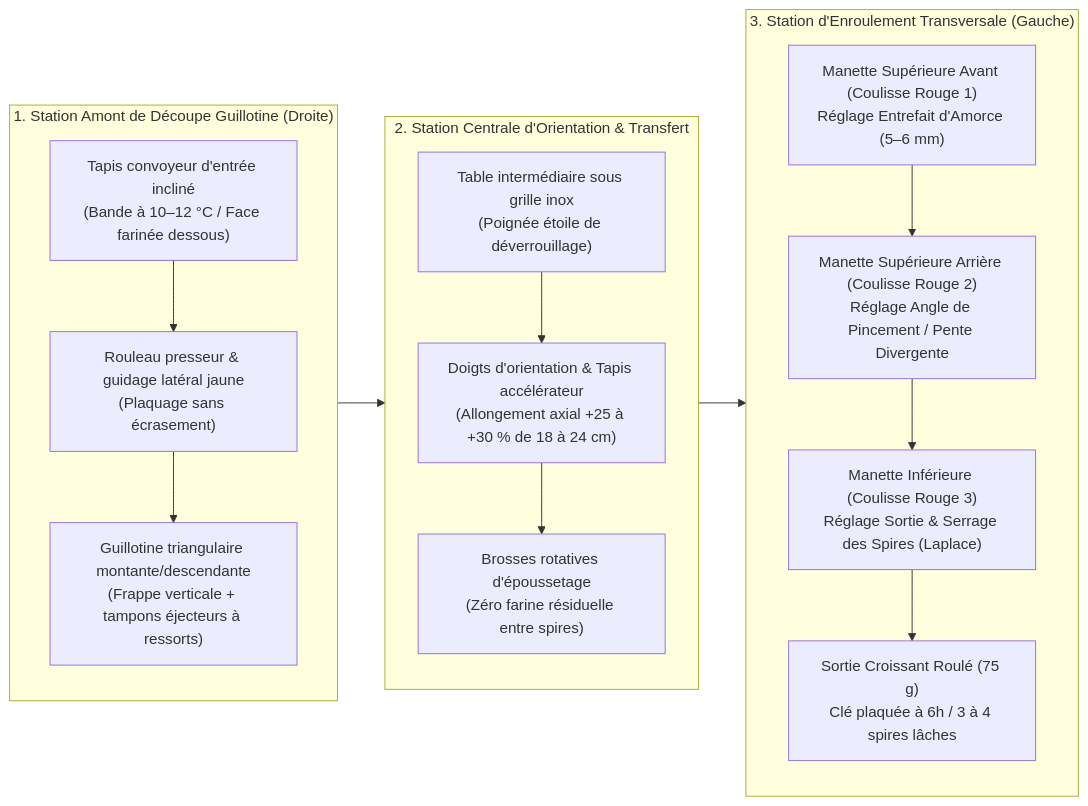
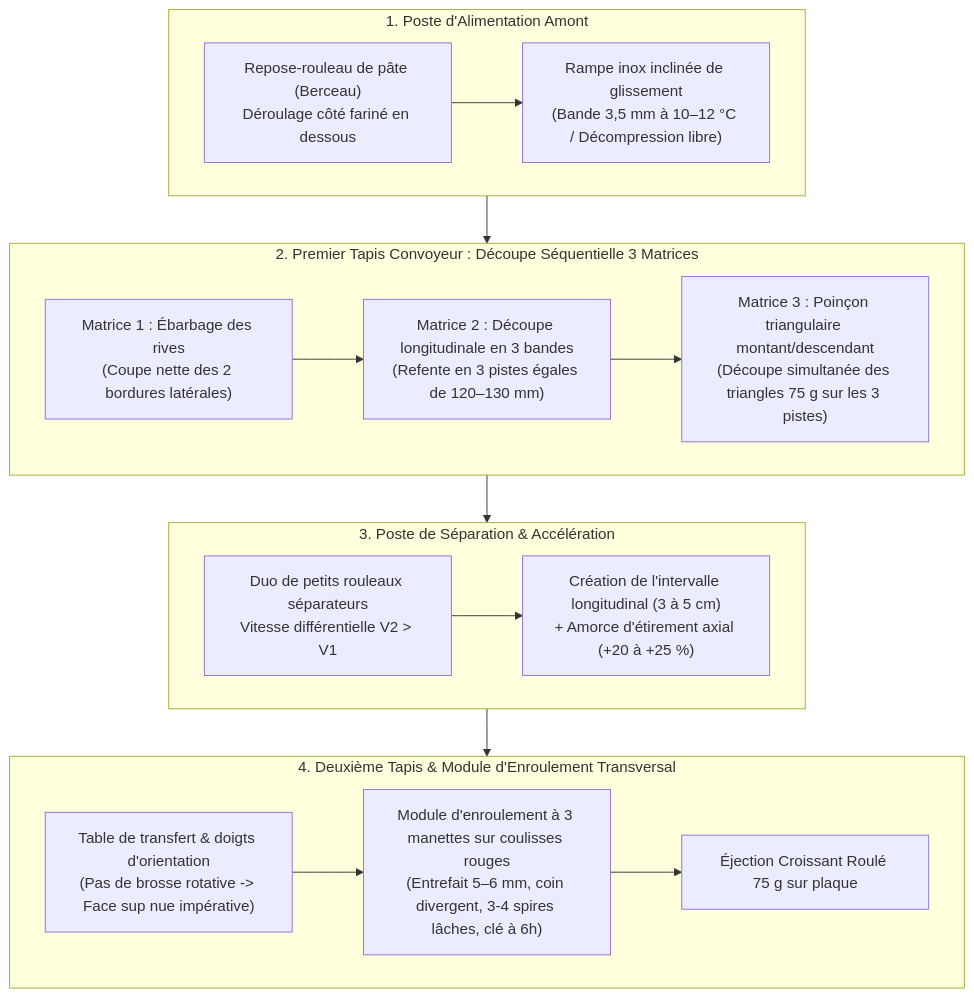
The diagram in skills/maitre-tourrier-boulanger/references/croissomat-scm50-reglages.md (jri561/laboratoire-tourage-boulangerie), drawn with Mermaid before and after one commit. The commit also changed other lines of this file, not shown here.

Commit message:
docs(croissomat): mise à jour cinématique réelle (3 matrices, ébarbage, refente 3 bandes, 2 rouleaux séparateurs, absence brosse)

````diff
--- a/skills/maitre-tourrier-boulanger/references/croissomat-scm50-reglages.md
+++ b/skills/maitre-tourrier-boulanger/references/croissomat-scm50-reglages.md
@@ -10,20 +10,22 @@
 ```mermaid
-flowchart LR
-    subgraph A["1. Station Amont de Découpe Guillotine (Droite)"]
-        A1["Tapis convoyeur d'entrée incliné\n(Bande à 10–12 °C / Face farinée dessous)"]
-        --> A2["Rouleau presseur & guidage latéral jaune\n(Plaquage sans écrasement)"]
-        --> A3["Guillotine triangulaire montante/descendante\n(Frappe verticale + tampons éjecteurs à ressorts)"]
+flowchart TD
+    subgraph A["1. Poste d'Alimentation Amont"]
+        A1["Repose-rouleau de pâte (Berceau)\nDéroulage côté fariné en dessous"]
+        --> A2["Rampe inox inclinée de glissement\n(Bande 3,5 mm à 10–12 °C / Décompression libre)"]
     end
-    subgraph B["2. Station Centrale d'Orientation & Transfert"]
-        B1["Table intermédiaire sous grille inox\n(Poignée étoile de déverrouillage)"]
-        --> B2["Doigts d'orientation & Tapis accélérateur\n(Allongement axial +25 à +30 % de 18 à 24 cm)"]
-        --> B3["Brosses rotatives d'époussetage\n(Zéro farine résiduelle entre spires)"]
+    subgraph B["2. Premier Tapis Convoyeur : Découpe Séquentielle 3 Matrices"]
+        B1["Matrice 1 : Ébarbage des rives\n(Coupe nette des 2 bordures latérales)"]
+        --> B2["Matrice 2 : Découpe longitudinale en 3 bandes\n(Refente en 3 pistes égales de 120–130 mm)"]
+        --> B3["Matrice 3 : Poinçon triangulaire montant/descendant\n(Découpe simultanée des triangles 75 g sur les 3 pistes)"]
     end
-    subgraph C["3. Station d'Enroulement Transversale (Gauche)"]
-        C1["Manette Supérieure Avant (Coulisse Rouge 1)\nRéglage Entrefait d'Amorce (5–6 mm)"]
-        --> C2["Manette Supérieure Arrière (Coulisse Rouge 2)\nRéglage Angle de Pincement / Pente Divergente"]
-        --> C3["Manette Inférieure (Coulisse Rouge 3)\nRéglage Sortie & Serrage des Spires (Laplace)"]
-        --> C4["Sortie Croissant Roulé (75 g)\nClé plaquée à 6h / 3 à 4 spires lâches"]
+    subgraph C["3. Poste de Séparation & Accélération"]
+        C1["Duo de petits rouleaux séparateurs\nVitesse différentielle V2 > V1"]
+        --> C2["Création de l'intervalle longitudinal (3 à 5 cm)\n+ Amorce d'étirement axial (+20 à +25 %)"]
     end
-    A --> B --> C
+    subgraph D["4. Deuxième Tapis & Module d'Enroulement Transversal"]
+        D1["Table de transfert & doigts d'orientation\n(Pas de brosse rotative -> Face sup nue impérative)"]
+        --> D2["Module d'enroulement à 3 manettes sur coulisses rouges\n(Entrefait 5–6 mm, coin divergent, 3-4 spires lâches, clé à 6h)"]
+        --> D3["Éjection Croissant Roulé 75 g sur plaque"]
+    end
+    A --> B --> C --> D
 ```
````
